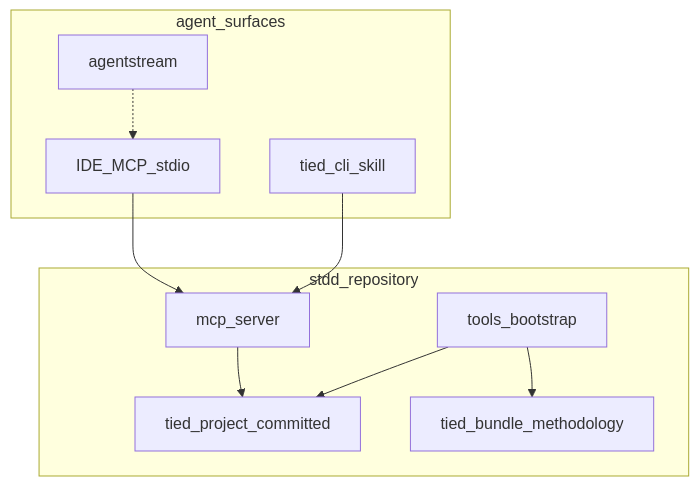
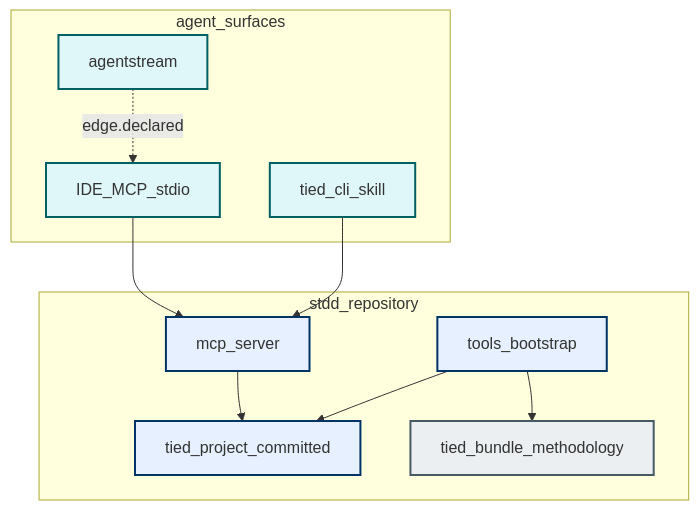
The second of 14 diagrams in docs/stdd-workflows.md (fareedst/tied), drawn with Mermaid before and after one commit. The commit also changed other lines of this file and 18 other files, not shown here.

First line of the commit message:
Add STDD vocab visual encoding registry and term color index.

````diff
--- a/docs/stdd-workflows.md
+++ b/docs/stdd-workflows.md
@@ -67,20 +72,24 @@
 ```mermaid
 flowchart TB
+  %% palette: docs/visual-encoding-standards.md
+  classDef domTiedCorpus fill:#e7f0ff,stroke:#003366,stroke-width:2px
+  classDef domTiedBundle fill:#eceff1,stroke:#455a64,stroke-width:2px
+  classDef domAgentSurface fill:#e0f7fa,stroke:#006064,stroke-width:2px
   subgraph store [stdd_repository]
-    mcpSrv[mcp_server]
-    bootstrap[tools_bootstrap]
-    tp[tied_project_committed]
-    tb[tied_bundle_methodology]
+    mcpSrv[mcp_server]:::domTiedCorpus
+    bootstrap[tools_bootstrap]:::domTiedCorpus
+    tp[tied_project_committed]:::domTiedCorpus
+    tb[tied_bundle_methodology]:::domTiedBundle
   end
   subgraph agentSurf [agent_surfaces]
-    ideMcp[IDE_MCP_stdio]
-    cli[tied_cli_skill]
-    stream[agentstream]
+    ideMcp[IDE_MCP_stdio]:::domAgentSurface
+    cli[tied_cli_skill]:::domAgentSurface
+    stream[agentstream]:::domAgentSurface
   end
   ideMcp --> mcpSrv
   cli --> mcpSrv
-  stream -.-> ideMcp
+  stream -.->|edge.declared| ideMcp
   bootstrap --> tp
   bootstrap --> tb
   mcpSrv --> tp
 ```
````
